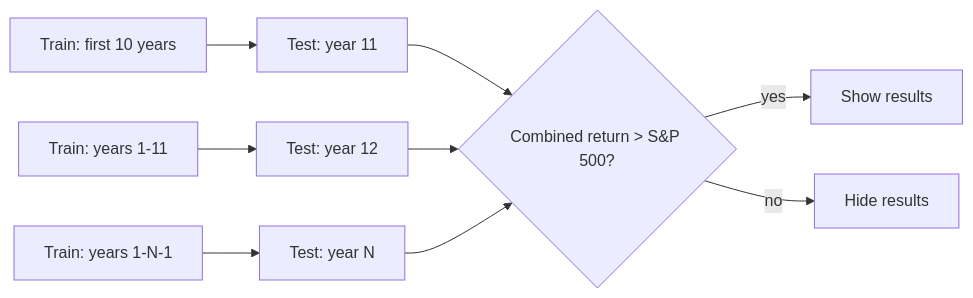
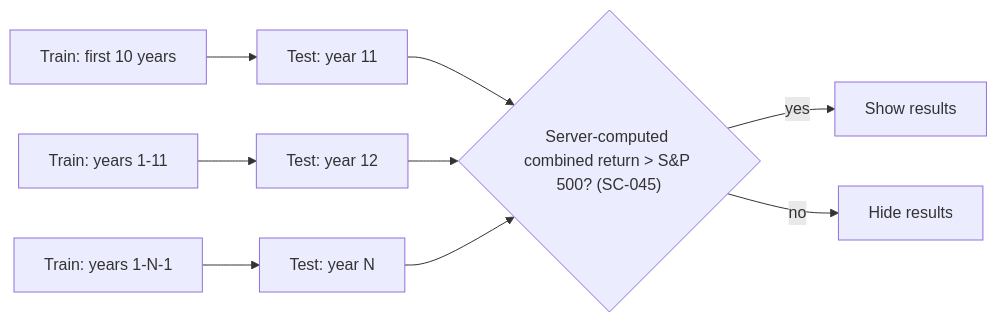
The fourth of 5 diagrams in ARCHITECTURE.md (jmanico/oracle-buffet), drawn with Mermaid before and after one commit. The commit also changed other lines of this file and 5 other files, not shown here.

````diff
--- a/ARCHITECTURE.md
+++ b/ARCHITECTURE.md
@@ -183,9 +198,9 @@
 ```mermaid
 flowchart LR
   T1["Train: first 10 years"] --> Y1["Test: year 11"]
   T2["Train: years 1-11"] --> Y2["Test: year 12"]
   T3["Train: years 1-N-1"] --> Y3["Test: year N"]
-  Y1 & Y2 & Y3 --> G{"Combined return > S&P 500?"}
+  Y1 & Y2 & Y3 --> G{"Server-computed combined return > S&P 500? (SC-045)"}
   G -- yes --> R[Show results]
   G -- no --> H[Hide results]
 ```
````
